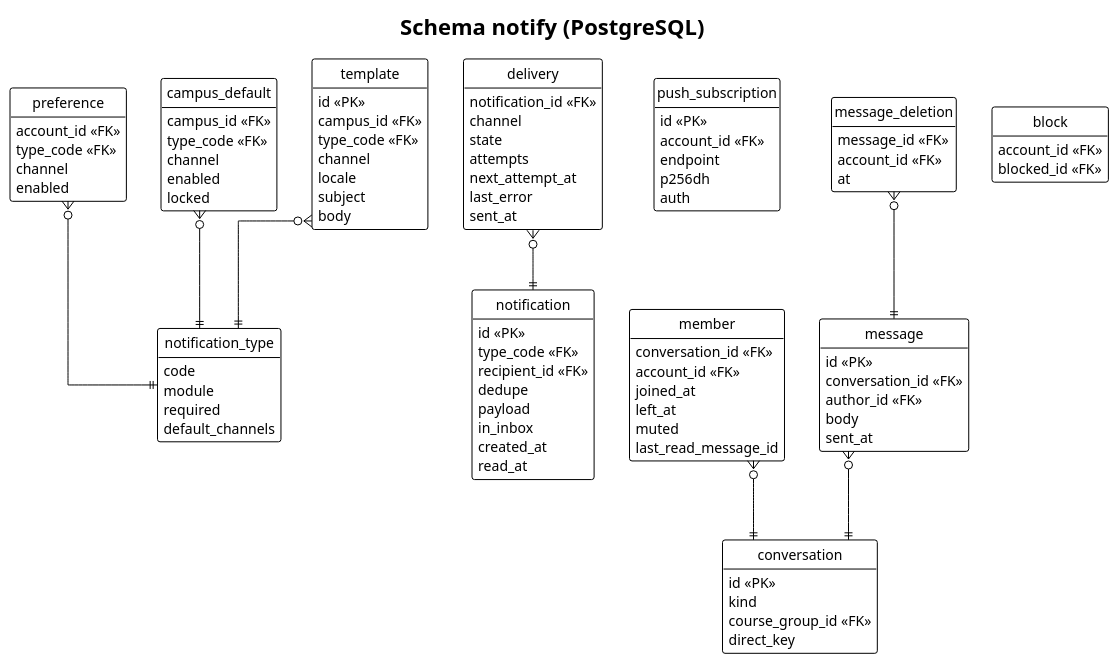
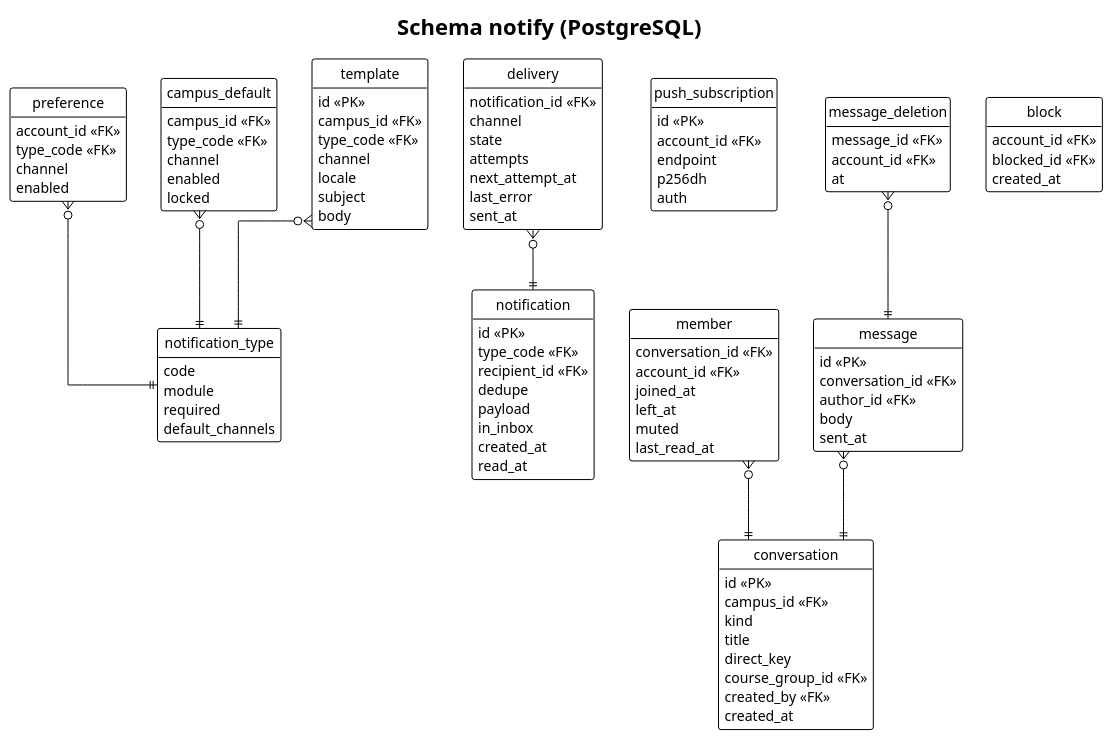
The diagram in docs/03-design/data-model/notify.puml (didactika/kampus), drawn with PlantUML before and after one commit. The commit also changed 39 other files, not shown here.

```diff
--- a/docs/03-design/data-model/notify.puml
+++ b/docs/03-design/data-model/notify.puml
@@ -1,100 +1,105 @@
 @startuml
 !theme plain
 hide empty members
 hide circle
 skinparam linetype ortho
 title Schema notify (PostgreSQL)
 
 entity notification_type {
   code
   module
   required
   default_channels
 }
 entity preference {
   account_id <<FK>>
   type_code <<FK>>
   channel
   enabled
 }
 entity campus_default {
   campus_id <<FK>>
   type_code <<FK>>
   channel
   enabled
   locked
 }
 entity template {
   id <<PK>>
   campus_id <<FK>>
   type_code <<FK>>
   channel
   locale
   subject
   body
 }
 entity notification {
   id <<PK>>
   type_code <<FK>>
   recipient_id <<FK>>
   dedupe
   payload
   in_inbox
   created_at
   read_at
 }
 entity delivery {
   notification_id <<FK>>
   channel
   state
   attempts
   next_attempt_at
   last_error
   sent_at
 }
 entity push_subscription {
   id <<PK>>
   account_id <<FK>>
   endpoint
   p256dh
   auth
 }
 entity conversation {
   id <<PK>>
+  campus_id <<FK>>
   kind
+  title
+  direct_key
   course_group_id <<FK>>
-  direct_key
+  created_by <<FK>>
+  created_at
 }
 entity member {
   conversation_id <<FK>>
   account_id <<FK>>
   joined_at
   left_at
   muted
-  last_read_message_id
+  last_read_at
 }
 entity message {
   id <<PK>>
   conversation_id <<FK>>
   author_id <<FK>>
   body
   sent_at
 }
 entity message_deletion {
   message_id <<FK>>
   account_id <<FK>>
   at
 }
 entity block {
   account_id <<FK>>
   blocked_id <<FK>>
+  created_at
 }
 
 preference }o--|| notification_type
 campus_default }o--|| notification_type
 template }o--|| notification_type
 delivery }o--|| notification
 member }o--|| conversation
 message }o--|| conversation
 message_deletion }o--|| message
 @enduml
```
